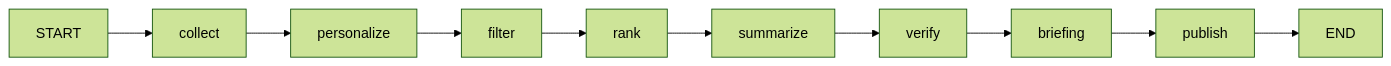
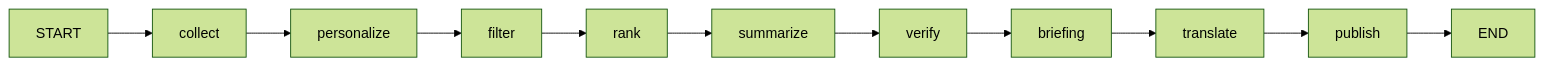
The diagram in REPORT.md (chictimin/questail-postie), drawn with Mermaid (forest theme) before and after one commit. The commit also changed other lines of this file and 25 other files, not shown here.

````diff
--- a/REPORT.md
+++ b/REPORT.md
@@ -99,4 +132,4 @@
 ```mermaid
 graph LR
-    START --> collect --> personalize --> filter --> rank --> summarize --> verify --> briefing --> publish --> END
+    START --> collect --> personalize --> filter --> rank --> summarize --> verify --> briefing --> translate --> publish --> END
 ```
````
